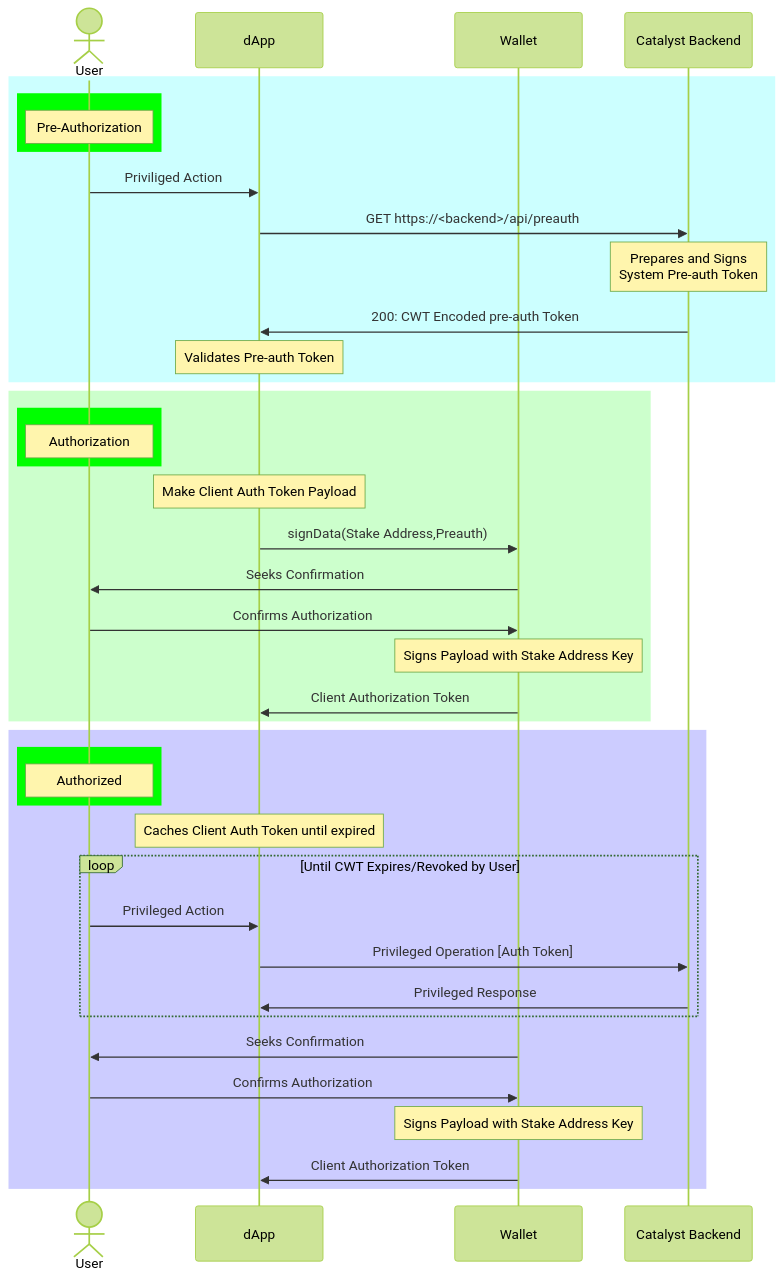
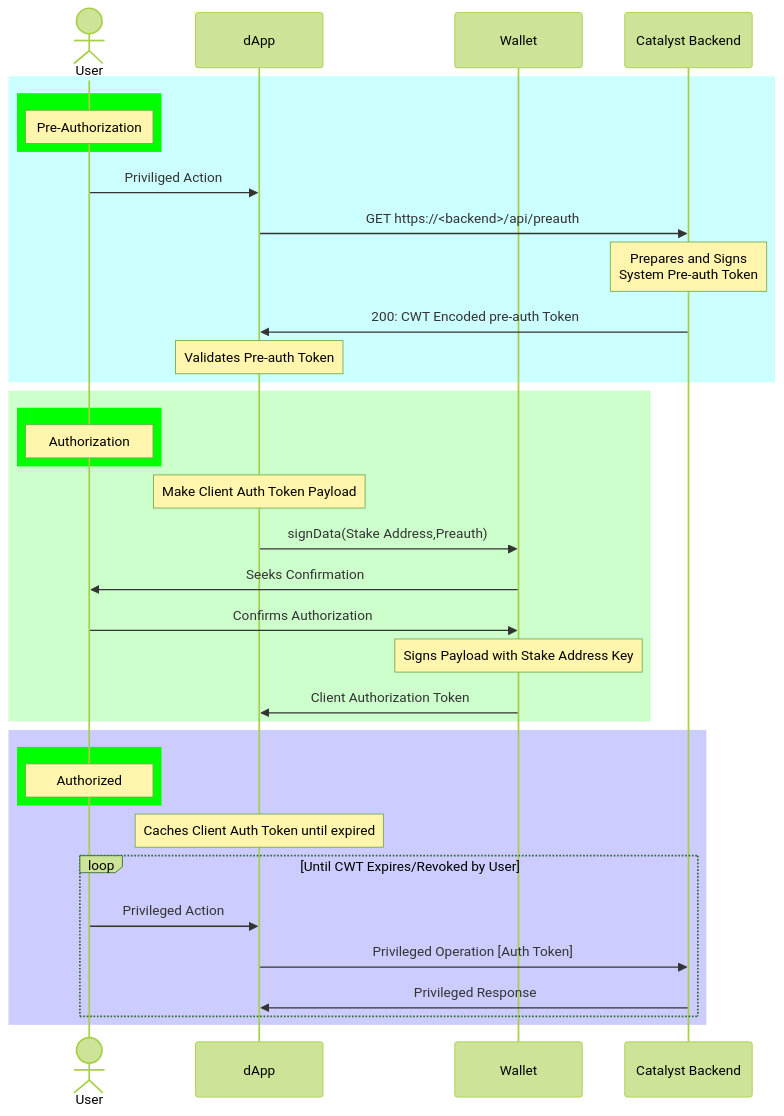
The diagram in book/src/05_unified_platform/02_Permissionless_Auth/authorization_flow.mmd (input-output-hk/catalyst-core), drawn with Mermaid before and after one commit.

Commit message:
remove extraneous steps from authorization flow.

```diff
--- a/book/src/05_unified_platform/02_Permissionless_Auth/authorization_flow.mmd
+++ b/book/src/05_unified_platform/02_Permissionless_Auth/authorization_flow.mmd
@@ -1,55 +1,48 @@
 %%{init: {'theme':'forest'}}%%
 sequenceDiagram
     actor U as User
     participant D as dApp
     participant W as Wallet
     participant C as Catalyst Backend
 
     rect rgb(204,255,255)
       rect rgb(0,255,0)
         Note over U: Pre-Authorization
       end
 
       U ->> D: Priviliged Action
       D ->> C: GET https://<backend>/api/preauth
       Note over C: Prepares and Signs<br>System Pre-auth Token
       C ->> D: 200: CWT Encoded pre-auth Token
       Note over D: Validates Pre-auth Token
     end
 
     rect rgb(204,255,204)
       rect rgb(0,255,0)
         Note over U: Authorization
       end
 
       Note over D: Make Client Auth Token Payload
       D ->> W: signData(Stake Address,Preauth)
       W ->> U: Seeks Confirmation
       U ->> W: Confirms Authorization
 
       Note over W: Signs Payload with Stake Address Key
 
       W ->> D: Client Authorization Token
     end
 
     rect rgb(204,204,255)
       rect rgb(0,255,0)
         Note over U: Authorized
       end
 
       Note over D: Caches Client Auth Token until expired
 
       loop Until CWT Expires/Revoked by User
         U ->> D: Privileged Action
         D ->> C: Privileged Operation [Auth Token]
         C ->> D: Privileged Response
       end
 
-
-      W ->> U: Seeks Confirmation
-      U ->> W: Confirms Authorization
-
-      Note over W: Signs Payload with Stake Address Key
-
-      W ->> D: Client Authorization Token
     end
```
